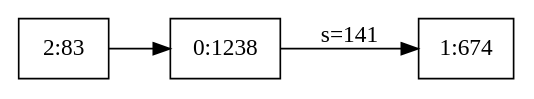
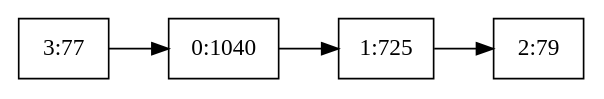
The diagram in graph/rm_bf_update.dot (agongdai/peta), drawn with Graphviz before and after one commit. The commit also changed 19 other files, not shown here.

```diff
--- a/graph/rm_bf_update.dot
+++ b/graph/rm_bf_update.dot
@@ -1,8 +1,10 @@
 digraph g { 
 	rankdir = LR 
-	0 [shape=box, label="0:1238"] 
-	0 -> 1 [label="s=141"] 
-	1 [shape=box, label="1:674"] 
-	2 [shape=box, label="2:83"] 
-	2 -> 0
+	0 [shape=box, label="0:1040"] 
+	0 -> 1
+	1 [shape=box, label="1:725"] 
+	1 -> 2
+	2 [shape=box, label="2:79"] 
+	3 [shape=box, label="3:77"] 
+	3 -> 0
 } 
```
